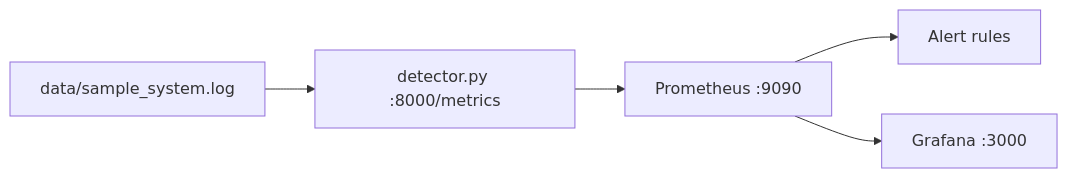
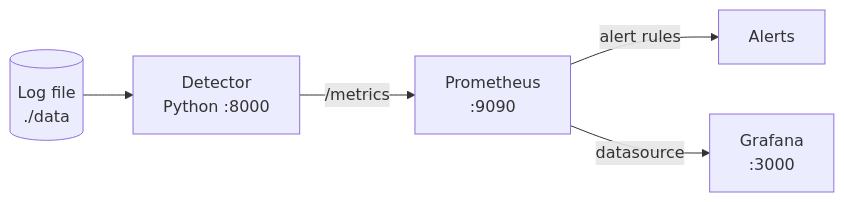
One commit to Danishwani1999/Advance_Log_Detector changed the diagram in README.md. Above: the diagram before and after it, drawn with Mermaid. The commit also changed other lines of this file, not shown here.

````diff
--- a/README.md
+++ b/README.md
@@ -15,7 +26,7 @@
 ```mermaid
 flowchart LR
-    A[data/sample_system.log] --> B[detector.py :8000/metrics]
-    B --> C[Prometheus :9090]
-    C --> D[Alert rules]
-    C --> E[Grafana :3000]
+    LOG[(Log file<br/>./data)] --> DET[Detector<br/>Python :8000]
+    DET -->|/metrics| PROM[Prometheus<br/>:9090]
+    PROM -->|alert rules| ALERTS[Alerts]
+    PROM -->|datasource| GRAF[Grafana<br/>:3000]
 ```
````
